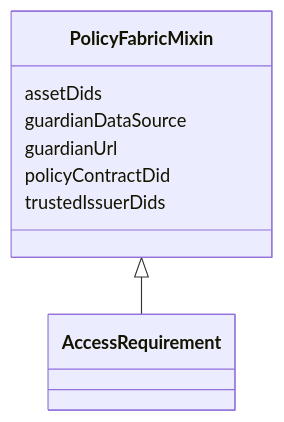
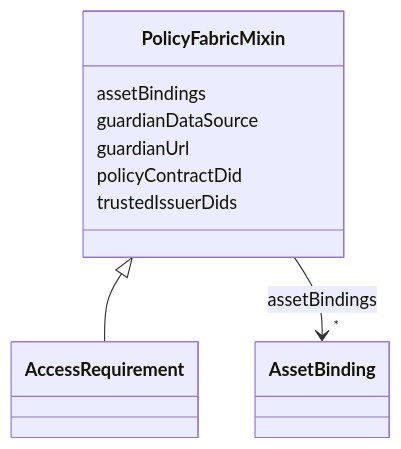
Before and after one commit to mc2-center/governanceDUO: the diagram in docs/reference/classes/PolicyFabricMixin.md, drawn with Mermaid. The commit also changed other lines of this file and 62 other files, not shown here.

First line of the commit message:
Regenerate auto-generated schema reference; ignore __pycache__

````diff
--- a/docs/reference/classes/PolicyFabricMixin.md
+++ b/docs/reference/classes/PolicyFabricMixin.md
@@ -23,19 +23,28 @@
 ```mermaid
  classDiagram
     class PolicyFabricMixin
     click PolicyFabricMixin href "../../classes/PolicyFabricMixin/"
       PolicyFabricMixin <|-- AccessRequirement
         click AccessRequirement href "../../classes/AccessRequirement/"
       
-      PolicyFabricMixin : assetDids
+      PolicyFabricMixin : assetBindings
+        
+          
+    
+        
+        
+        PolicyFabricMixin --> "*" AssetBinding : assetBindings
+        click AssetBinding href "../../classes/AssetBinding/"
+    
+
         
       PolicyFabricMixin : guardianDataSource
         
       PolicyFabricMixin : guardianUrl
         
       PolicyFabricMixin : policyContractDid
         
       PolicyFabricMixin : trustedIssuerDids
         
       
 ```
````
